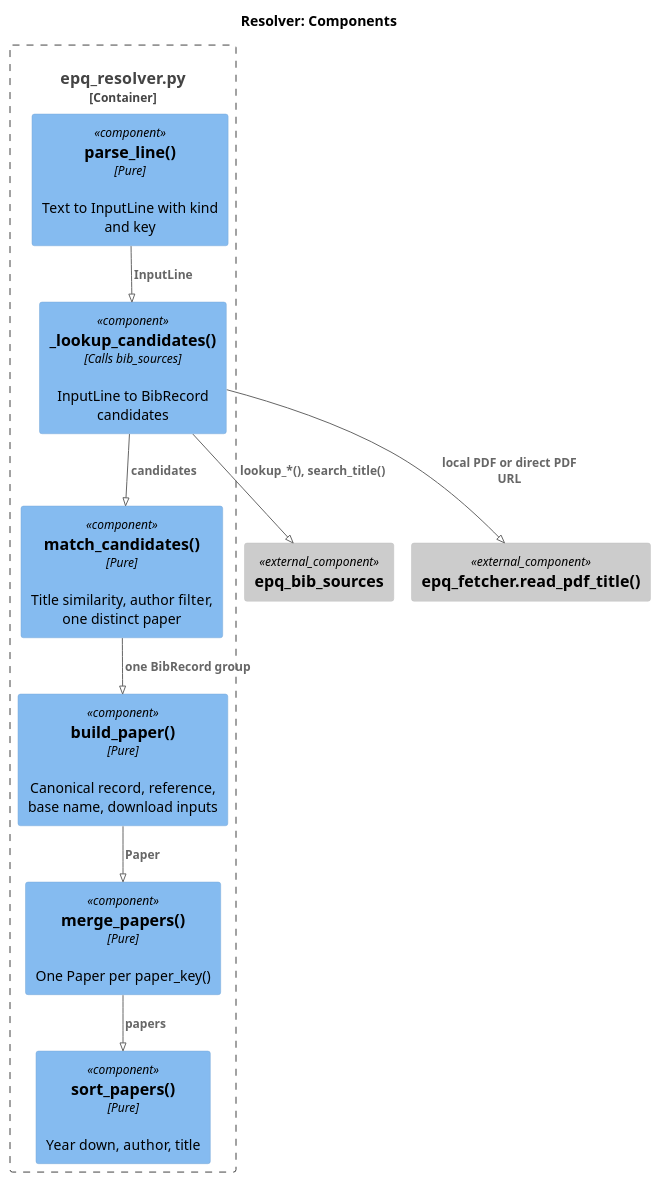
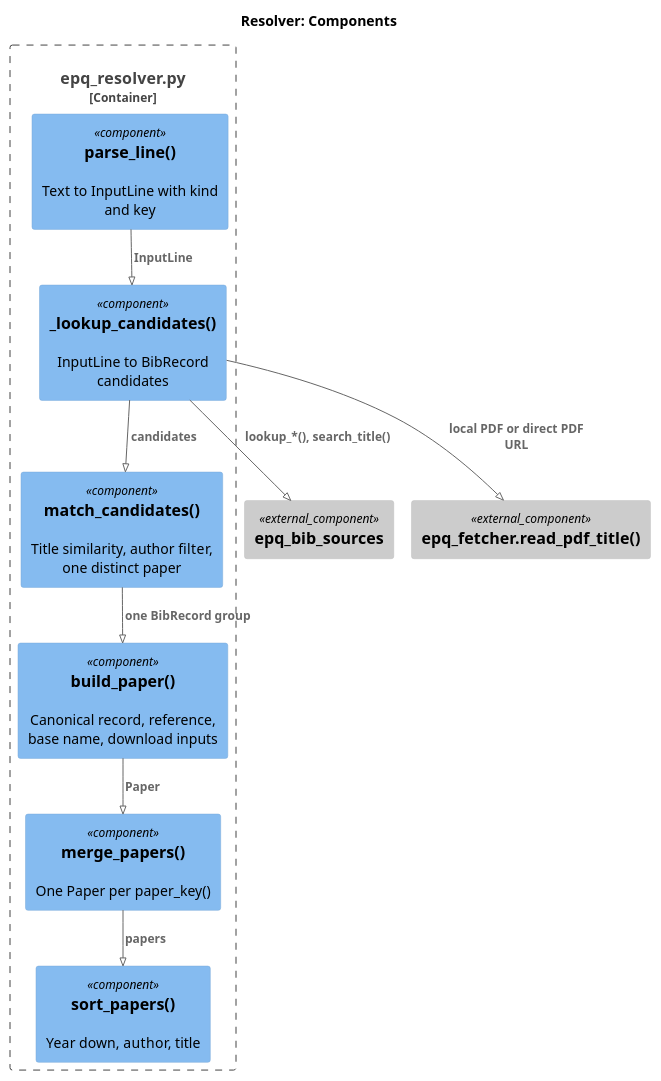
One commit to gpsaggese/gpsaggese.github.io changed the diagram in research/Estimate_academic_paper_quality/docs/02.2-design.resolver.md. Above: the diagram before and after it, drawn with PlantUML. The commit also changed other lines of this file and 8 other files, not shown here.

````diff
--- a/research/Estimate_academic_paper_quality/docs/02.2-design.resolver.md
+++ b/research/Estimate_academic_paper_quality/docs/02.2-design.resolver.md
@@ -28,23 +28,23 @@
 ```plantuml
 !pragma layout smetana
 !include <C4/C4_Component>
 LAYOUT_TOP_DOWN()
 title Resolver: Components
 Container_Boundary(r, "epq_resolver.py") {
-  Component(parse, "parse_line()", "Pure", "Text to InputLine with kind and key")
-  Component(lookup, "_lookup_candidates()", "Calls bib_sources", "InputLine to BibRecord candidates")
-  Component(match, "match_candidates()", "Pure", "Title similarity, author filter, one distinct paper")
-  Component(build, "build_paper()", "Pure", "Canonical record, reference, base name, download inputs")
-  Component(dedupe, "merge_papers()", "Pure", "One Paper per paper_key()")
-  Component(sort, "sort_papers()", "Pure", "Year down, author, title")
+  Component(parse, "parse_line()", "", "Text to InputLine with kind and key")
+  Component(lookup, "_lookup_candidates()", "", "InputLine to BibRecord candidates")
+  Component(match, "match_candidates()", "", "Title similarity, author filter, one distinct paper")
+  Component(build, "build_paper()", "", "Canonical record, reference, base name, download inputs")
+  Component(dedupe, "merge_papers()", "", "One Paper per paper_key()")
+  Component(sort, "sort_papers()", "", "Year down, author, title")
 }
 Component_Ext(bib, "epq_bib_sources", "", "")
 Component_Ext(fetch, "epq_fetcher.read_pdf_title()", "", "")
 Rel(parse, lookup, "InputLine")
 Rel(lookup, bib, "lookup_*(), search_title()")
 Rel(lookup, fetch, "local PDF or direct PDF URL")
 Rel(lookup, match, "candidates")
 Rel(match, build, "one BibRecord group")
 Rel(build, dedupe, "Paper")
 Rel(dedupe, sort, "papers")
 ```
````
